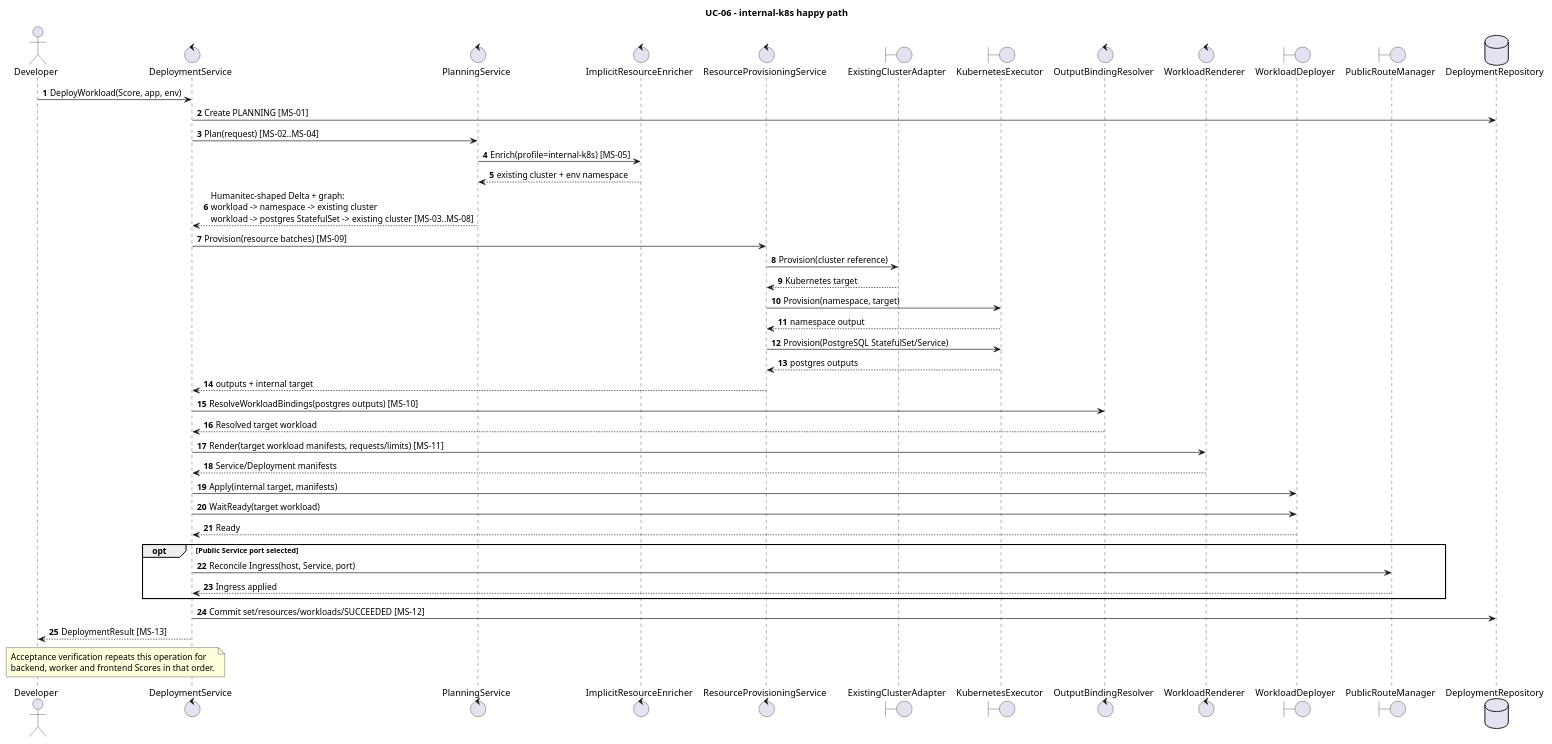
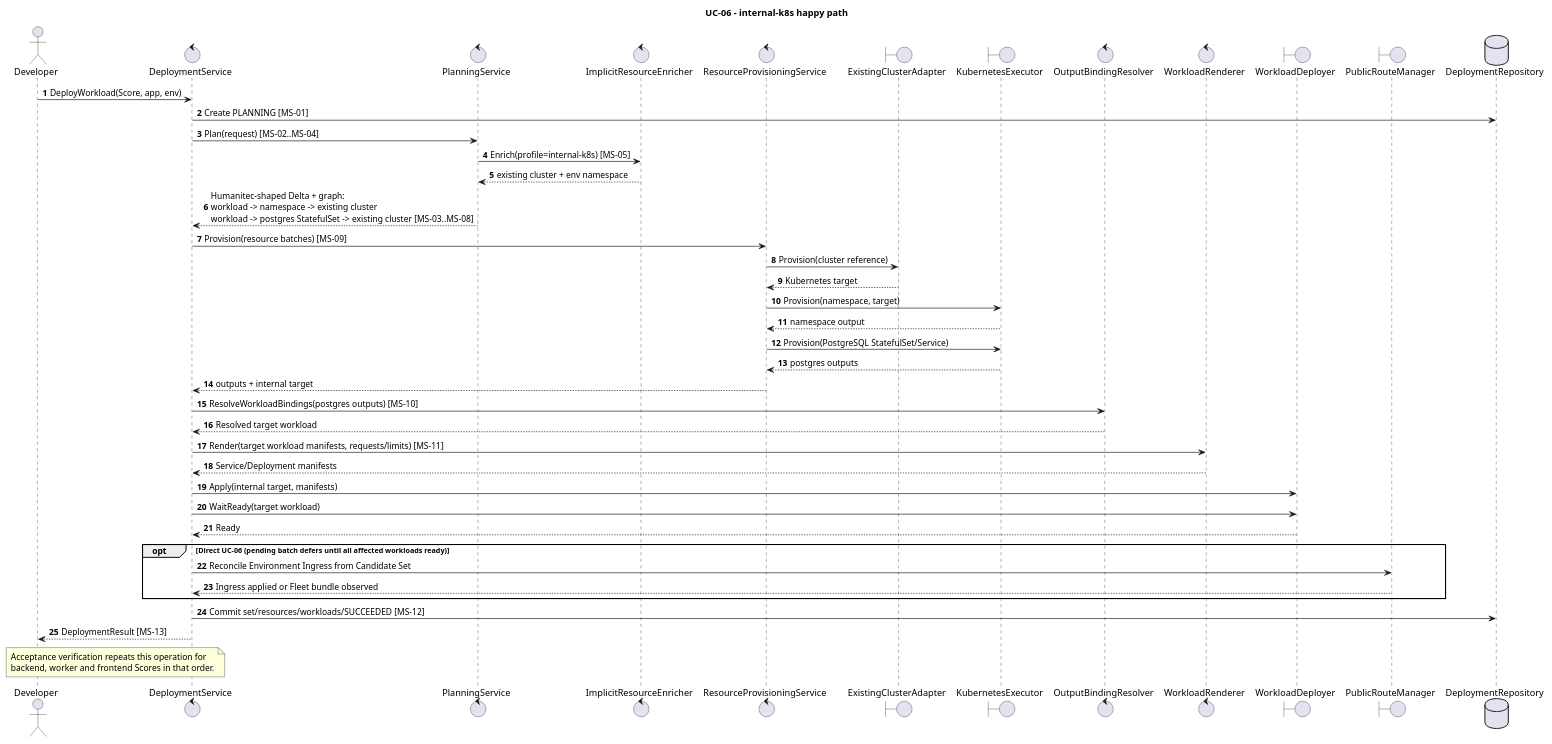
Before and after one commit to pr3s3nt/poc: the diagram in orchestrator_docs/usecase/UC-06/sequence-internal.puml, drawn with PlantUML. The commit also changed 47 other files, not shown here.

Commit message:
Support environment public routes and no-op preview

```diff
--- a/orchestrator_docs/usecase/UC-06/sequence-internal.puml
+++ b/orchestrator_docs/usecase/UC-06/sequence-internal.puml
@@ -1,48 +1,48 @@
 @startuml
 title UC-06 - internal-k8s happy path
 autonumber
 actor Developer
 control DeploymentService as Service
 control PlanningService as Planner
 control ImplicitResourceEnricher as Enricher
 control ResourceProvisioningService as Provisioner
 boundary ExistingClusterAdapter as ExistingCluster
 boundary KubernetesExecutor as ResourceK8s
 control OutputBindingResolver as Resolver
 control WorkloadRenderer as Renderer
 boundary WorkloadDeployer as WorkloadK8s
 boundary PublicRouteManager as Routes
 database DeploymentRepository as Repo
 
 Developer -> Service: DeployWorkload(Score, app, env)
 Service -> Repo: Create PLANNING [MS-01]
 Service -> Planner: Plan(request) [MS-02..MS-04]
 Planner -> Enricher: Enrich(profile=internal-k8s) [MS-05]
 Enricher --> Planner: existing cluster + env namespace
 Planner --> Service: Humanitec-shaped Delta + graph:\nworkload -> namespace -> existing cluster\nworkload -> postgres StatefulSet -> existing cluster [MS-03..MS-08]
 Service -> Provisioner: Provision(resource batches) [MS-09]
 Provisioner -> ExistingCluster: Provision(cluster reference)
 ExistingCluster --> Provisioner: Kubernetes target
 Provisioner -> ResourceK8s: Provision(namespace, target)
 ResourceK8s --> Provisioner: namespace output
 Provisioner -> ResourceK8s: Provision(PostgreSQL StatefulSet/Service)
 ResourceK8s --> Provisioner: postgres outputs
 Provisioner --> Service: outputs + internal target
 Service -> Resolver: ResolveWorkloadBindings(postgres outputs) [MS-10]
 Resolver --> Service: Resolved target workload
 Service -> Renderer: Render(target workload manifests, requests/limits) [MS-11]
 Renderer --> Service: Service/Deployment manifests
 Service -> WorkloadK8s: Apply(internal target, manifests)
 Service -> WorkloadK8s: WaitReady(target workload)
 WorkloadK8s --> Service: Ready
-opt Public Service port selected
-  Service -> Routes: Reconcile Ingress(host, Service, port)
-  Routes --> Service: Ingress applied
+opt Direct UC-06 (pending batch defers until all affected workloads ready)
+  Service -> Routes: Reconcile Environment Ingress from Candidate Set
+  Routes --> Service: Ingress applied or Fleet bundle observed
 end
 Service -> Repo: Commit set/resources/workloads/SUCCEEDED [MS-12]
 Service --> Developer: DeploymentResult [MS-13]
 note over Developer, Service
 Acceptance verification repeats this operation for
 backend, worker and frontend Scores in that order.
 end note
 @enduml
```
